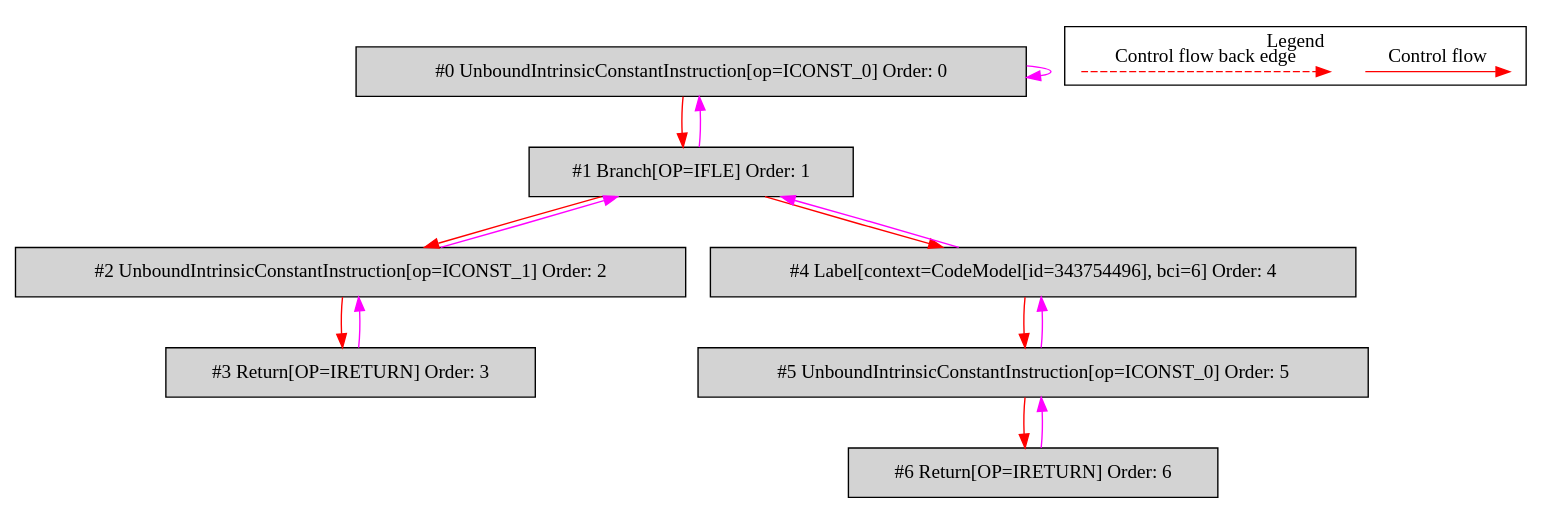
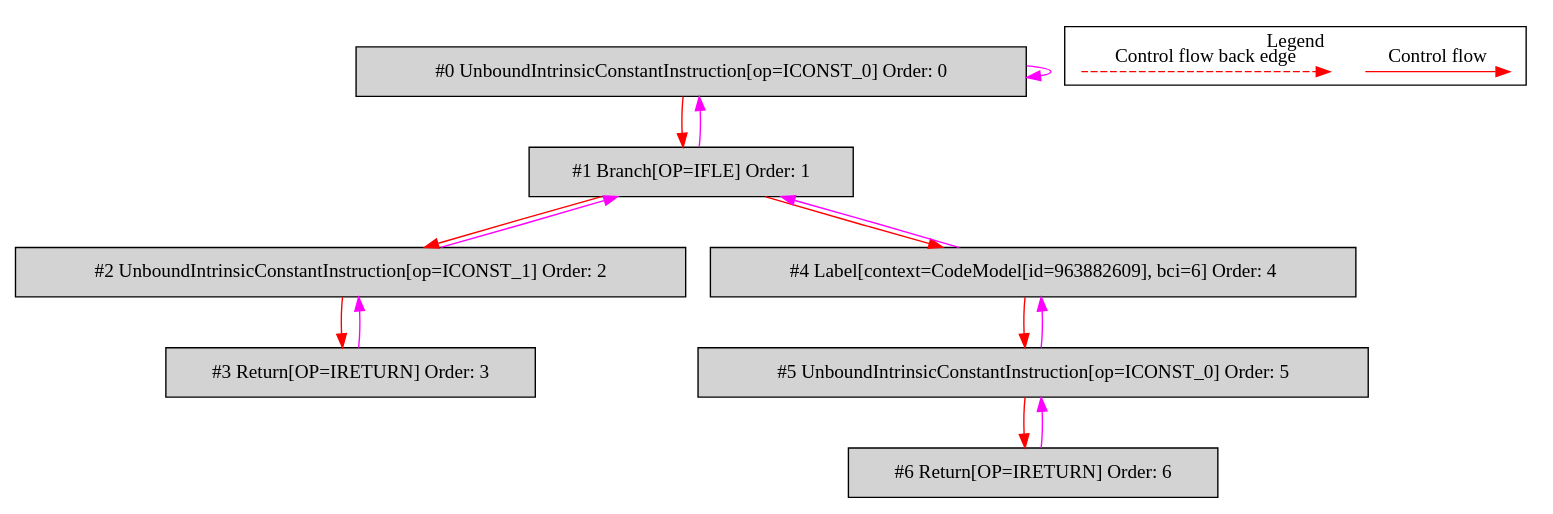
One commit to mirkosertic/MetaIR changed the diagram in de.mirkosertic.metair.ir.OpcodeIFLETest/test_IFLE/bytecodecfg.dot. Above: the diagram before and after it, drawn with Graphviz. The commit also changed 726 other files, not shown here.

```diff
--- a/de.mirkosertic.metair.ir.OpcodeIFLETest/test_IFLE/bytecodecfg.dot
+++ b/de.mirkosertic.metair.ir.OpcodeIFLETest/test_IFLE/bytecodecfg.dot
@@ -1,37 +1,37 @@
 digraph {
  ordering="in";
  node0[label="#0 UnboundIntrinsicConstantInstruction[op=ICONST_0] Order: 0", shape=box, fillcolor=lightgrey, style=filled];
  node1[label="#1 Branch[OP=IFLE] Order: 1", shape=box, fillcolor=lightgrey, style=filled];
  node2[label="#2 UnboundIntrinsicConstantInstruction[op=ICONST_1] Order: 2", shape=box, fillcolor=lightgrey, style=filled];
  node3[label="#3 Return[OP=IRETURN] Order: 3", shape=box, fillcolor=lightgrey, style=filled];
- node4[label="#4 Label[context=CodeModel[id=343754496], bci=6] Order: 4", shape=box, fillcolor=lightgrey, style=filled];
+ node4[label="#4 Label[context=CodeModel[id=963882609], bci=6] Order: 4", shape=box, fillcolor=lightgrey, style=filled];
  node5[label="#5 UnboundIntrinsicConstantInstruction[op=ICONST_0] Order: 5", shape=box, fillcolor=lightgrey, style=filled];
  node6[label="#6 Return[OP=IRETURN] Order: 6", shape=box, fillcolor=lightgrey, style=filled];
  node0 -> node0[color=fuchsia];
  node0 -> node1[color=red];
  node1 -> node0[color=fuchsia];
  node1 -> node2[color=red];
  node2 -> node1[color=fuchsia];
  node2 -> node3[color=red];
  node3 -> node2[color=fuchsia];
  node1 -> node4[color=red];
  node4 -> node1[color=fuchsia];
  node4 -> node5[color=red];
  node5 -> node4[color=fuchsia];
  node5 -> node6[color=red];
  node6 -> node5[color=fuchsia];
  subgraph cluster_000 {
   label = "Legend";
   node [shape=point]
   {
    rank=same;
    c0 [style = invis];
    c1 [style = invis];
    c2 [style = invis];
    c3 [style = invis];
   }
   c0 -> c1 [label="Control flow", style=solid, color=red]
   c2 -> c3 [label="Control flow back edge", style=dashed, color=red]
  }
 
 }
```
